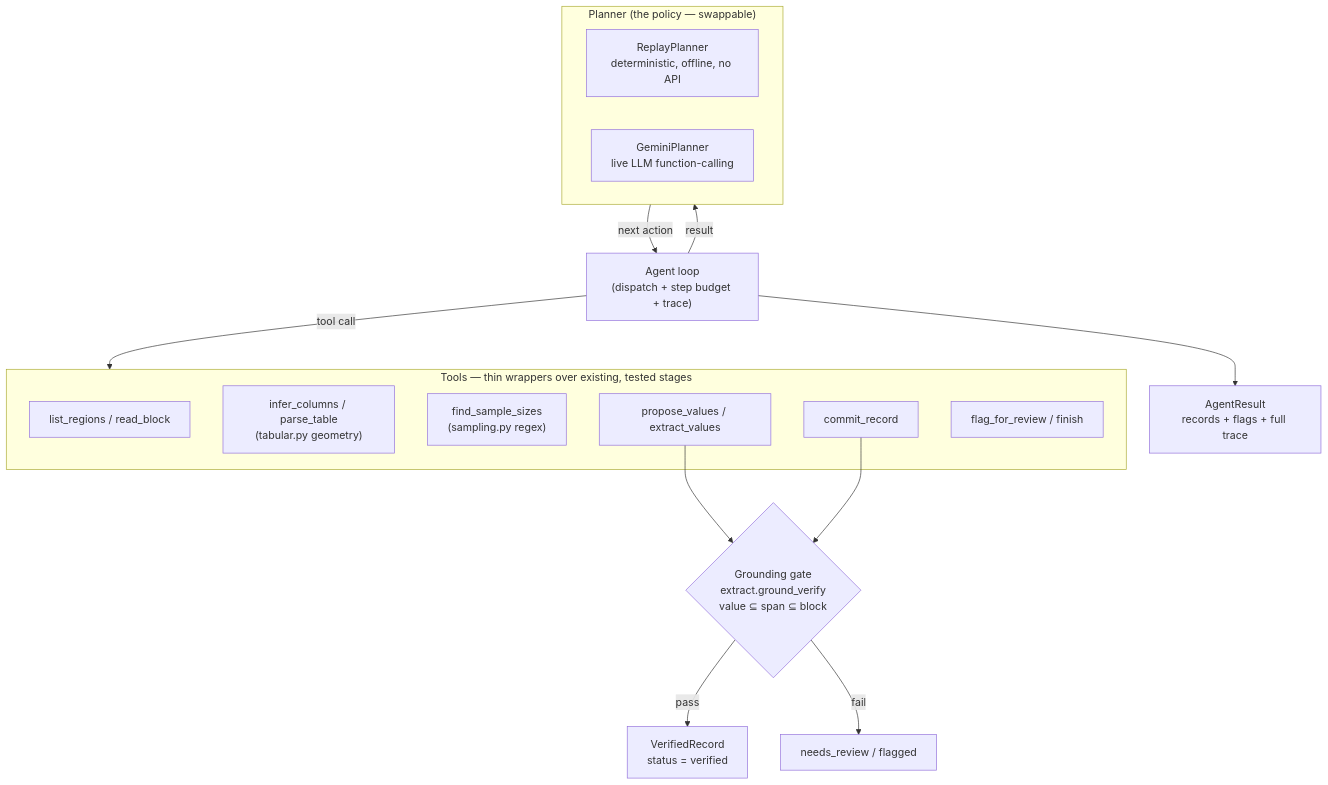
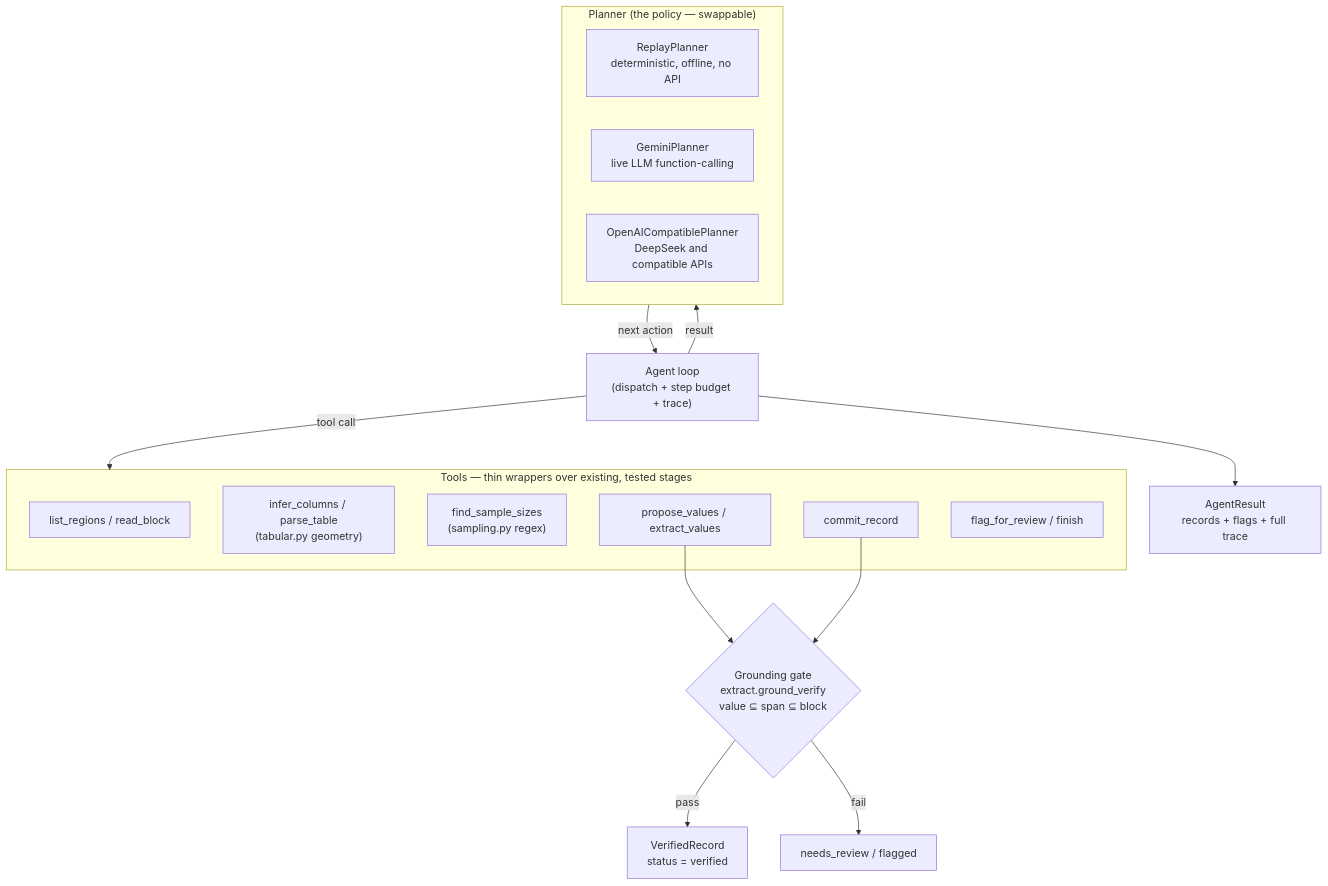
The diagram in docs/AGENT.md (zxjzxjnb/LLM-assisted-data-extraction-tool-for-Meta-analysis), drawn with Mermaid before and after one commit. The commit also changed other lines of this file and 14 other files, not shown here.

````diff
--- a/docs/AGENT.md
+++ b/docs/AGENT.md
@@ -30,28 +30,29 @@
 ```mermaid
 flowchart TB
     subgraph policy["Planner (the policy — swappable)"]
         RP["ReplayPlanner<br/>deterministic, offline, no API"]
         GP["GeminiPlanner<br/>live LLM function-calling"]
+        OP["OpenAICompatiblePlanner<br/>DeepSeek and compatible APIs"]
     end
 
     policy -->|next action| LOOP["Agent loop<br/>(dispatch + step budget + trace)"]
     LOOP -->|tool call| TOOLS
 
     subgraph TOOLS["Tools — thin wrappers over existing, tested stages"]
         T1["list_regions / read_block"]
         T2["infer_columns / parse_table<br/>(tabular.py geometry)"]
         T3["find_sample_sizes<br/>(sampling.py regex)"]
         T4["propose_values / extract_values"]
         T5["commit_record"]
         T6["flag_for_review / finish"]
     end
 
     T4 --> GATE
     T5 --> GATE
     GATE{"Grounding gate<br/>extract.ground_verify<br/>value ⊆ span ⊆ block"}
     GATE -->|pass| REC["VerifiedRecord<br/>status = verified"]
     GATE -->|fail| FLAG["needs_review / flagged"]
 
     LOOP -->|result| policy
     LOOP --> TRACE["AgentResult<br/>records + flags + full trace"]
 ```
````
